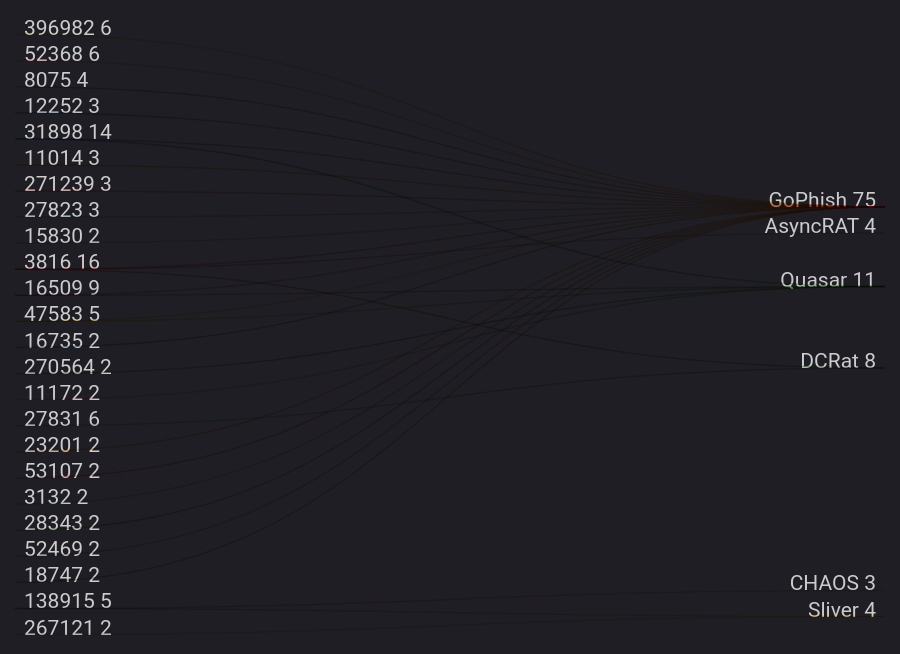
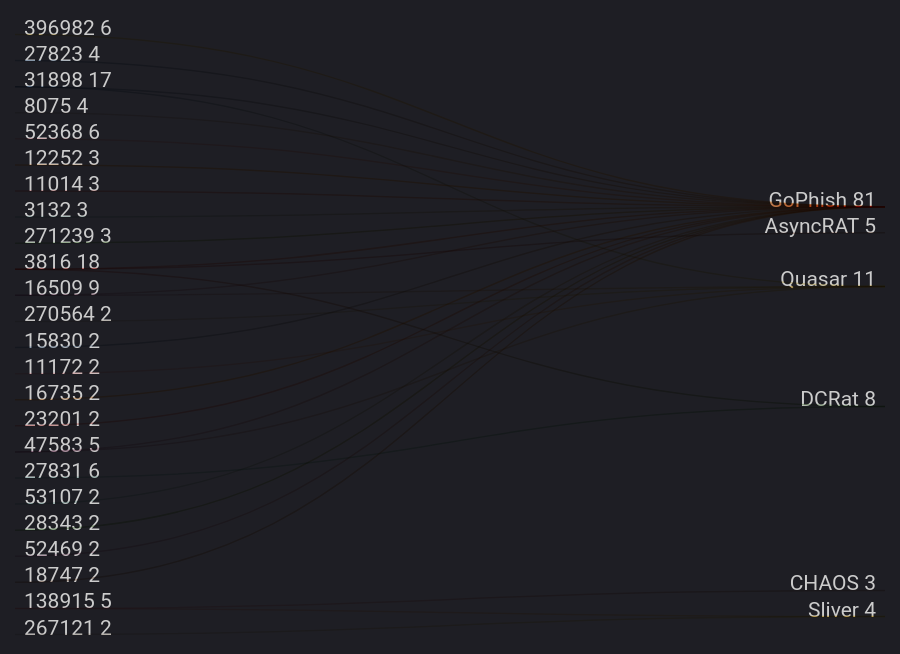
The sixth of 8 diagrams in zolim.md (ZoqueLabs/website), drawn with Mermaid before and after one commit. The commit also changed other lines of this file, not shown here.

````diff
--- a/zolim.md
+++ b/zolim.md
@@ -154,38 +156,38 @@
 ```mermaid
----
-config:
-  theme: dark
----
+---  
+config:  
+ theme: dark  
+--- 
 %% ASN → Threat (top)
 sankey-beta
-  31898,GoPhish,12
-  3816,GoPhish,10
+  31898,GoPhish,15
+  3816,GoPhish,11
   27831,DCRat,6
   396982,GoPhish,6
   16509,GoPhish,6
   52368,GoPhish,6
+  3816,AsyncRAT,5
   8075,GoPhish,4
-  3816,AsyncRAT,4
+  27823,GoPhish,4
   12252,GoPhish,3
   11014,GoPhish,3
+  3132,GoPhish,3
   271239,GoPhish,3
-  27823,GoPhish,3
   16509,Quasar,3
   47583,GoPhish,3
   138915,CHAOS,3
   270564,Quasar,2
   15830,GoPhish,2
   16735,GoPhish,2
   23201,GoPhish,2
   53107,GoPhish,2
-  3132,GoPhish,2
   28343,GoPhish,2
   138915,Sliver,2
   52469,GoPhish,2
   47583,Quasar,2
   11172,Quasar,2
   31898,Quasar,2
   3816,DCRat,2
   18747,GoPhish,2
   267121,Sliver,2
 ```
````
